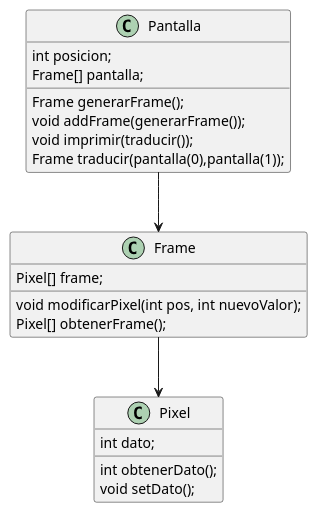
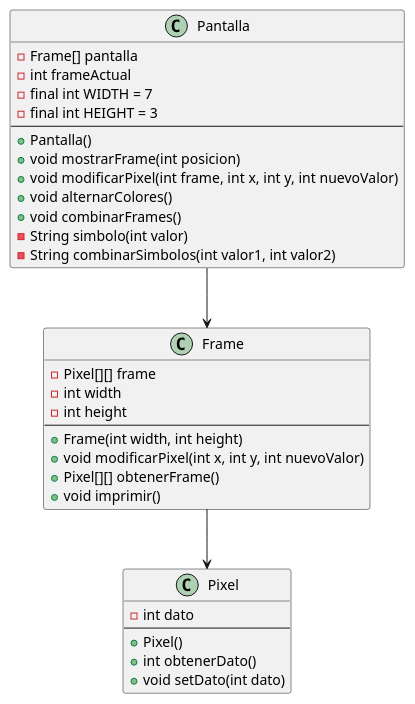
The diagram in entregas/celayaIker/Ejercicio2/diagrama.puml (mmasias/24-25-EDA2), drawn with PlantUML before and after one commit. The commit also changed 4 other files, not shown here.

```diff
--- a/entregas/celayaIker/Ejercicio2/diagrama.puml
+++ b/entregas/celayaIker/Ejercicio2/diagrama.puml
@@ -1,26 +1,38 @@
 @startuml
-
-class Pixel{
-  int dato;
-  int obtenerDato();
-  void setDato();
+class Pantalla {
+    - Frame[] pantalla
+    - int frameActual
+    - final int WIDTH = 7
+    - final int HEIGHT = 3
+    --
+    + Pantalla()
+    + void mostrarFrame(int posicion)
+    + void modificarPixel(int frame, int x, int y, int nuevoValor)
+    + void alternarColores()
+    + void combinarFrames()
+    - String simbolo(int valor)
+    - String combinarSimbolos(int valor1, int valor2)
 }
 
-class Frame{
-  Pixel[] frame;
-  void modificarPixel(int pos, int nuevoValor);
-  Pixel[] obtenerFrame();
+class Frame {
+    - Pixel[][] frame
+    - int width
+    - int height
+    --
+    + Frame(int width, int height)
+    + void modificarPixel(int x, int y, int nuevoValor)
+    + Pixel[][] obtenerFrame()
+    + void imprimir()
 }
 
-class Pantalla{
-  int posicion;
-  Frame[] pantalla;
-  Frame generarFrame();
-  void addFrame(generarFrame());
-  void imprimir(traducir());
-  Frame traducir(pantalla(0),pantalla(1));
+class Pixel {
+    - int dato
+    --
+    + Pixel()
+    + int obtenerDato()
+    + void setDato(int dato)
 }
 
-Frame --> Pixel
 Pantalla --> Frame
+Frame --> Pixel 
 @enduml
```
